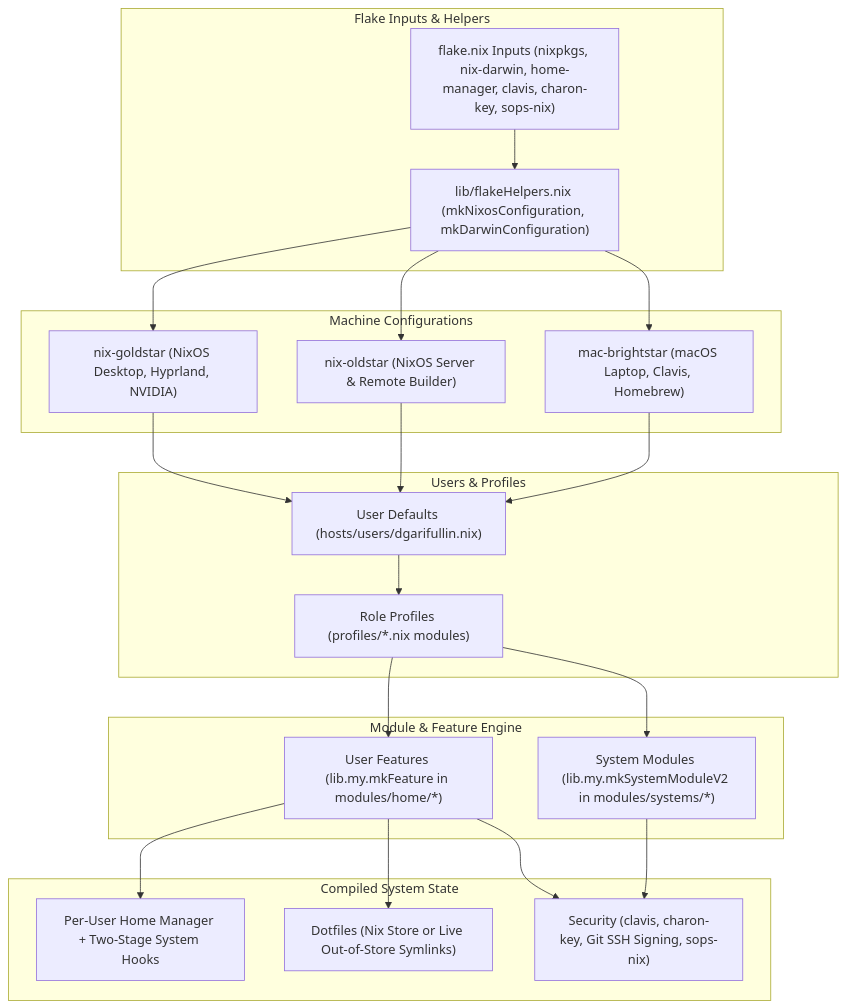
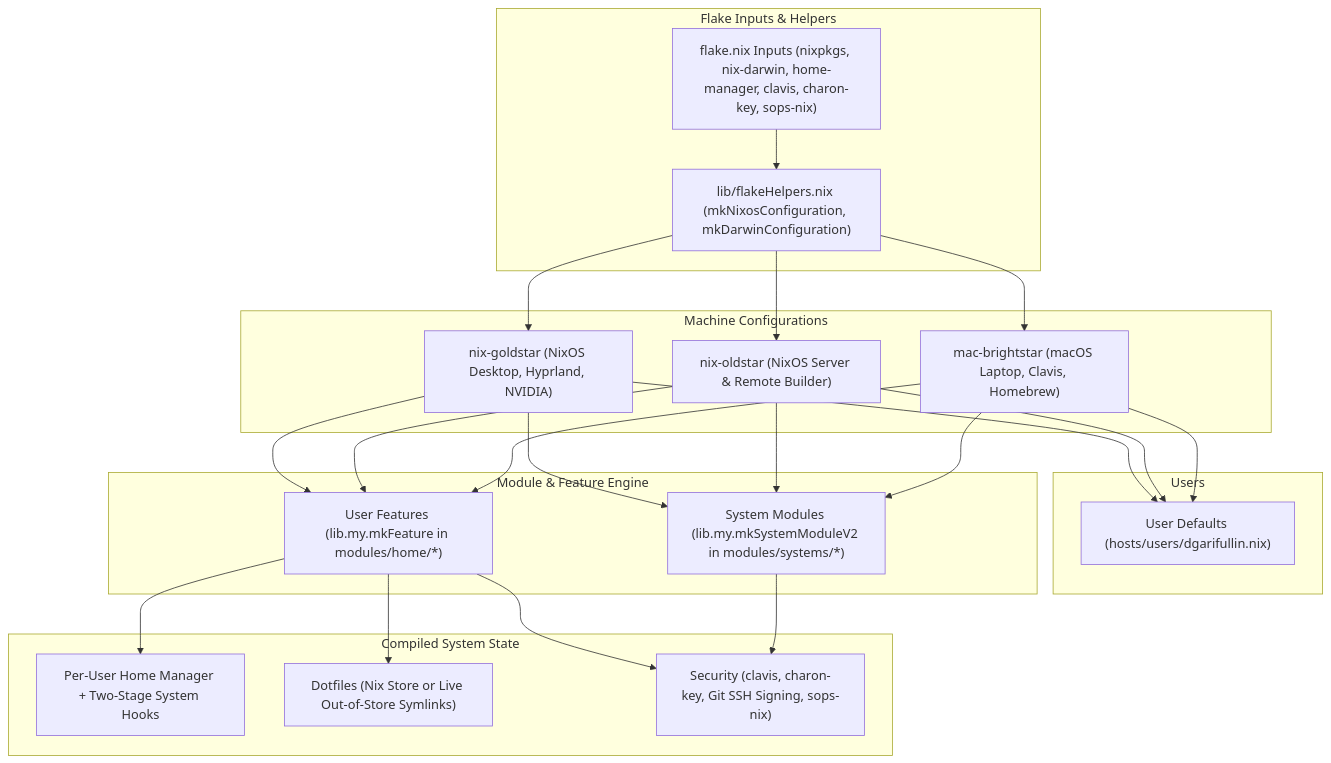
One commit to GDR/dot changed the diagram in README.md. Above: the diagram before and after it, drawn with Mermaid. The commit also changed other lines of this file and 13 other files, not shown here.

First line of the commit message:
refactor(hosts): remove profiles system and expand host modules explicitly

````diff
--- a/README.md
+++ b/README.md
@@ -63,43 +63,45 @@
 ```mermaid
 flowchart TD
     subgraph Flake ["Flake Inputs & Helpers"]
         FI["flake.nix Inputs (nixpkgs, nix-darwin, home-manager, clavis, charon-key, sops-nix)"]
         FH["lib/flakeHelpers.nix (mkNixosConfiguration, mkDarwinConfiguration)"]
         FI --> FH
     end
 
     subgraph Hosts ["Machine Configurations"]
         NG["nix-goldstar (NixOS Desktop, Hyprland, NVIDIA)"]
         NO["nix-oldstar (NixOS Server & Remote Builder)"]
         MB["mac-brightstar (macOS Laptop, Clavis, Homebrew)"]
         FH --> NG
         FH --> NO
         FH --> MB
     end
 
-    subgraph Composition ["Users & Profiles"]
+    subgraph Composition ["Users"]
         UD["User Defaults (hosts/users/dgarifullin.nix)"]
-        PR["Role Profiles (profiles/*.nix modules)"]
         NG --> UD
         NO --> UD
         MB --> UD
-        UD --> PR
     end
 
     subgraph Compiler ["Module & Feature Engine"]
         MF["User Features (lib.my.mkFeature in modules/home/*)"]
         MS["System Modules (lib.my.mkSystemModuleV2 in modules/systems/*)"]
-        PR --> MF
-        PR --> MS
+        NG --> MF
+        NG --> MS
+        NO --> MF
+        NO --> MS
+        MB --> MF
+        MB --> MS
     end
 
     subgraph Runtime ["Compiled System State"]
         HM["Per-User Home Manager + Two-Stage System Hooks"]
         DF["Dotfiles (Nix Store or Live Out-of-Store Symlinks)"]
         SEC["Security (clavis, charon-key, Git SSH Signing, sops-nix)"]
         MF --> HM
         MF --> DF
         MF --> SEC
         MS --> SEC
     end
 ```
````
